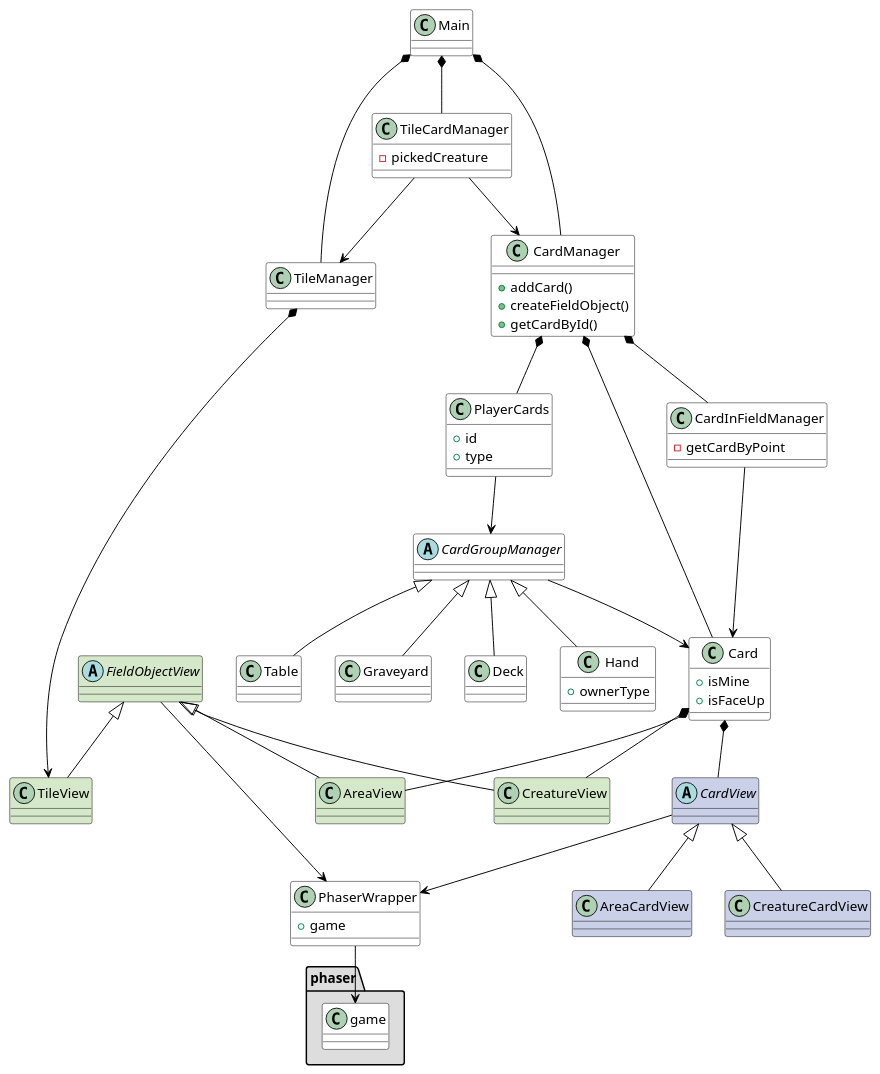
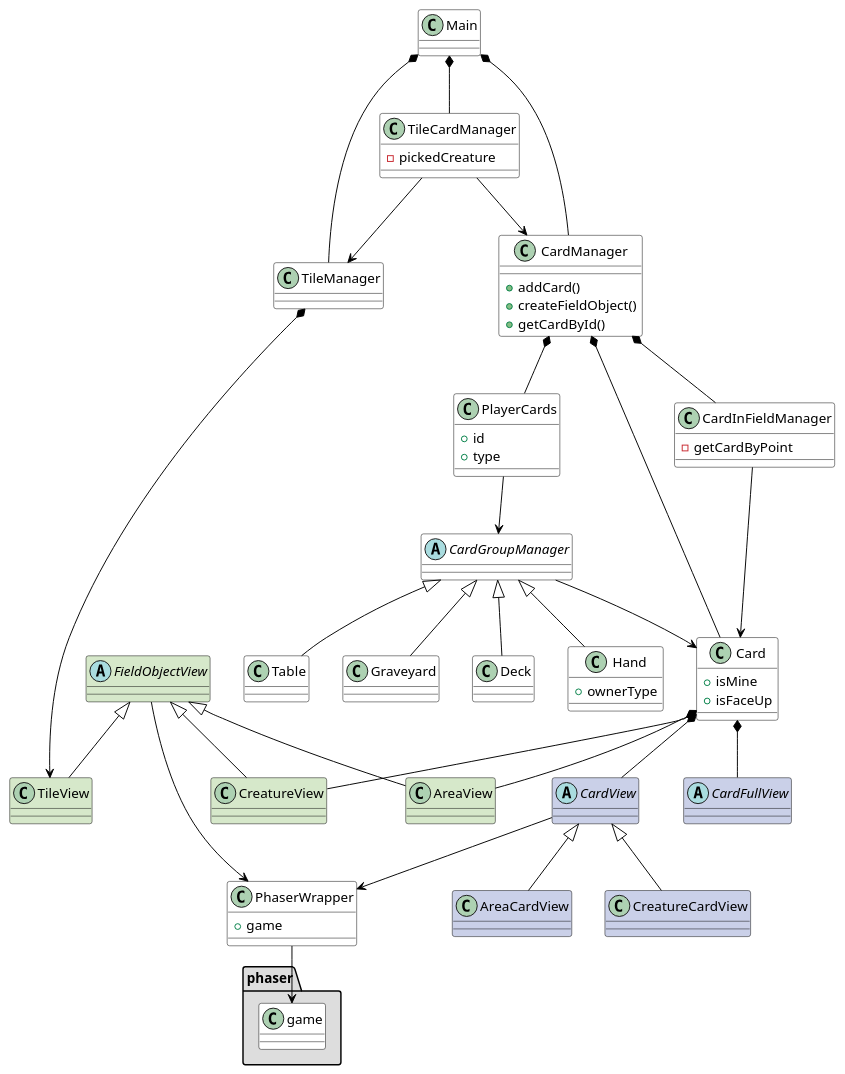
The diagram in uml/base.puml (gamesFTW/phaser-card-game-client), drawn with PlantUML before and after one commit. The commit also changed 5 other files, not shown here.

```diff
--- a/uml/base.puml
+++ b/uml/base.puml
@@ -1,124 +1,127 @@
 @startuml
 
 'Палитра
 '#D6E8CA
 '#CAD0E8
 '#F7CDFF
 
 skinparam class {
 	ArrowColor black
 	BorderColor black
 }
 
 skinparam stereotypeCBackgroundColor YellowGreen
 skinparam shadowing false
 
 
 class Main #ffffff
 Main *-- TileManager
 Main *-- CardManager
 Main *-- TileCardManager
 
 
 class TileCardManager #ffffff {
     - pickedCreature
 }
 TileCardManager --> TileManager
 TileCardManager --> CardManager
 
 
 ''' Про это смотри cards.puml, тут очень упощеная ее часть
 class CardManager #fff {
     + addCard()
     + createFieldObject()
     + getCardById()
 }
 CardManager *-- Card
 CardManager *-- CardInFieldManager
 CardManager *-- PlayerCards
 
 
 class TileManager #ffffff {
 }
 TileManager *--> TileView
 
 
 class CardInFieldManager #fff {
     - getCardByPoint
 }
 CardInFieldManager --> Card
 
 
 class PlayerCards #fff {
     + id
     + type
 }
 PlayerCards --> CardGroupManager
 
 
 abstract class CardGroupManager #fff {
 }
 CardGroupManager --> Card
 
 
 class Hand #fff {
     + ownerType
 }
 CardGroupManager <|-- Hand
 
 
 class Table #fff
 CardGroupManager <|-- Table
 
 
 class Graveyard #fff
 CardGroupManager <|-- Graveyard
 
 
 class Deck #fff
 CardGroupManager <|-- Deck
 
 
 class Card #fff {
     + isMine
     + isFaceUp
 }
 Card *-- CreatureView
 Card *-- AreaView
 Card *-- CardView
 
+abstract class CardFullView #CAD0E8
+Card *-- CardFullView
+
 
 abstract class CardView #CAD0E8
 CardView --> PhaserWrapper
 
 
 class CreatureCardView #CAD0E8
 CardView <|-- CreatureCardView
 
 
 class AreaCardView #CAD0E8
 CardView <|-- AreaCardView
 
 
 abstract class FieldObjectView #D6E8CA
 FieldObjectView <|-- TileView
 FieldObjectView <|-- CreatureView
 FieldObjectView <|-- AreaView
 FieldObjectView --> PhaserWrapper
 
 
 class CreatureView #D6E8CA
 class AreaView #D6E8CA
 class TileView #D6E8CA
 
 
 class PhaserWrapper #ffffff {
     + game
 }
 PhaserWrapper --> phaser.game
 
 
 package "phaser" #DDDDDD {
     class game #fff
 }
 @enduml
```
